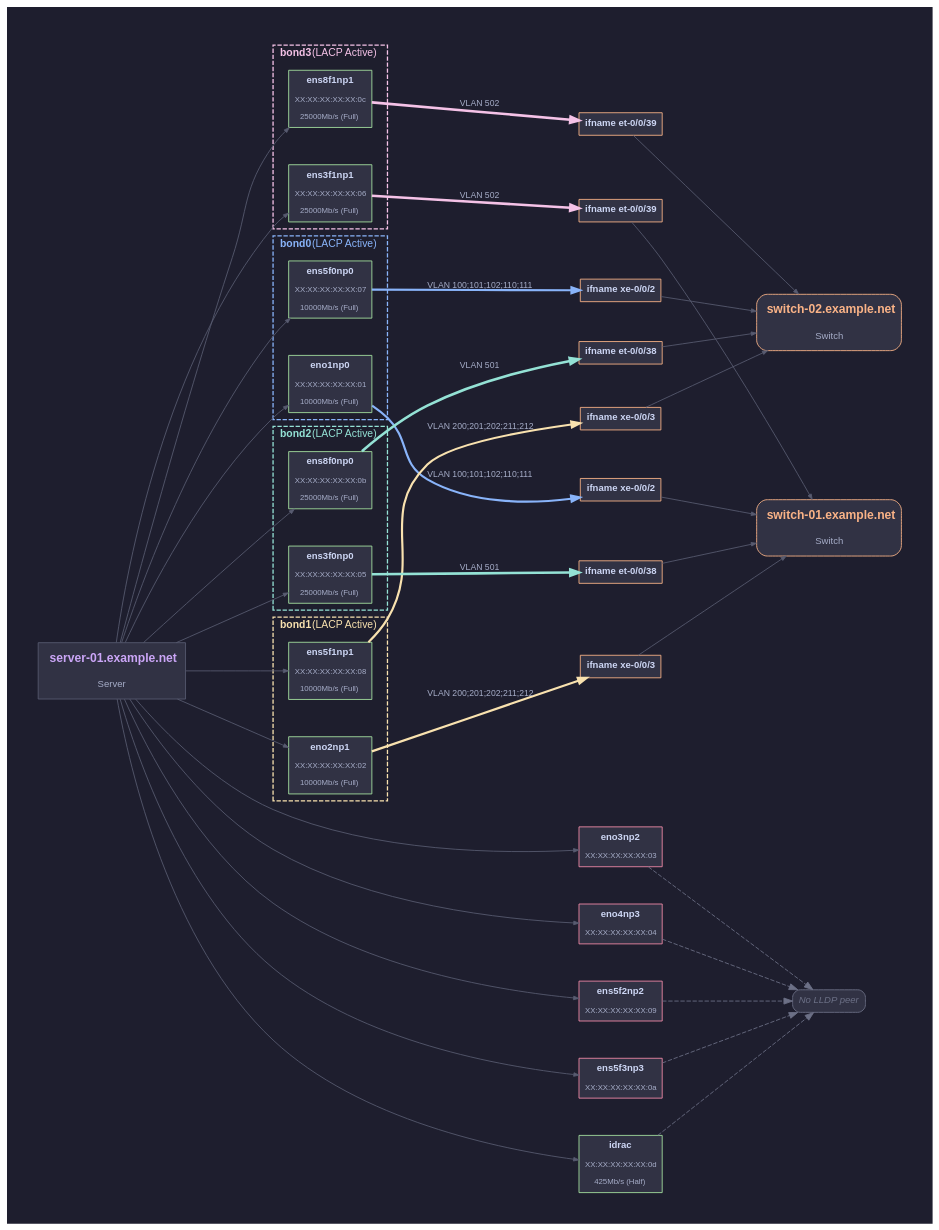
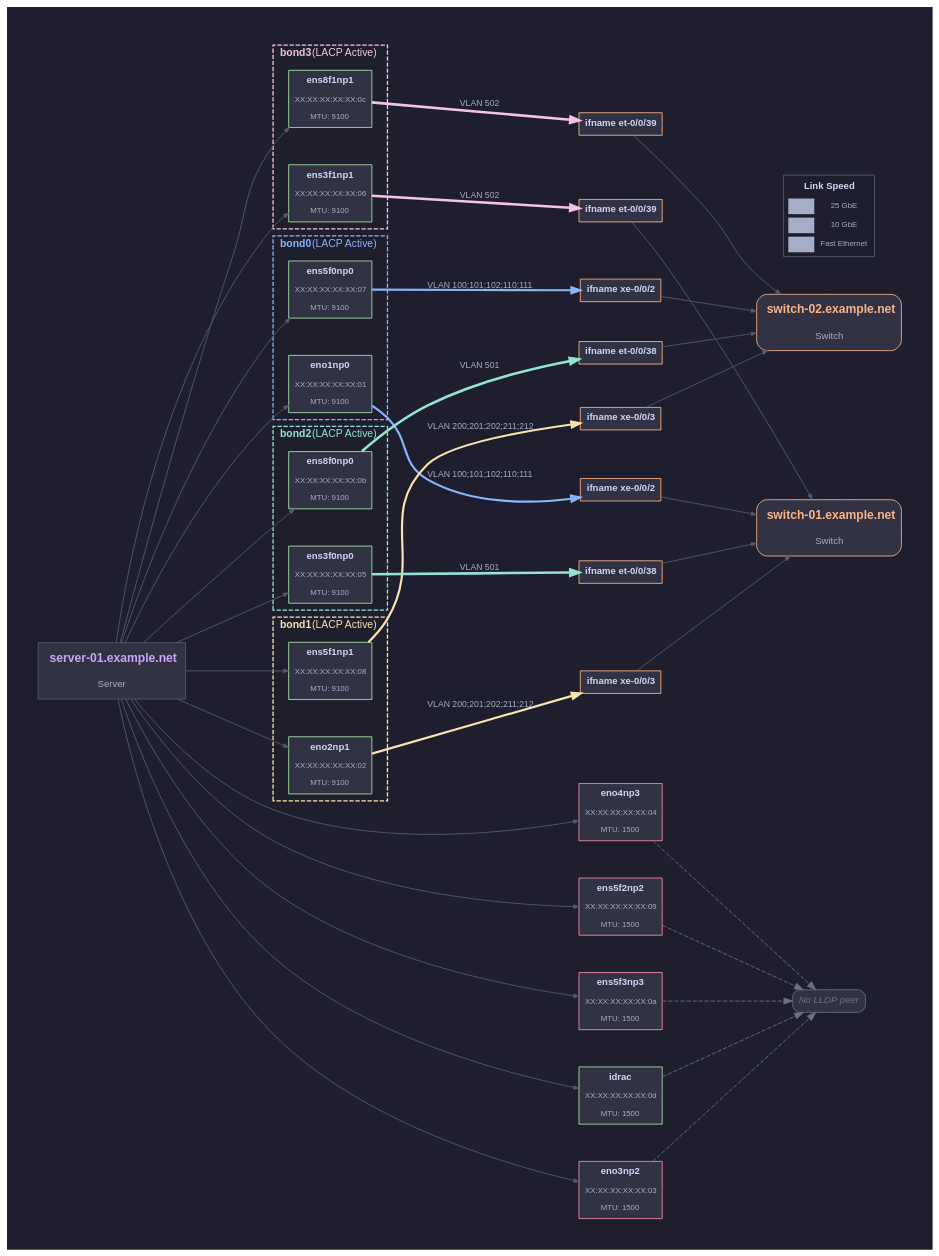
One commit to ciroiriarte/nic-xray changed the diagram in samples/topology.dot. Above: the diagram before and after it, drawn with Graphviz. The commit also changed 4 other files, not shown here.

First line of the commit message:
Update docs and samples for speed legend and MTU changes

```diff
--- a/samples/topology.dot
+++ b/samples/topology.dot
@@ -28,14 +28,14 @@
             <TABLE BORDER="1" CELLBORDER="0" CELLSPACING="2" CELLPADDING="4" BGCOLOR="#313244" COLOR="#a6e3a1">
             <TR><TD><FONT COLOR="#cdd6f4"><B>eno1np0</B></FONT></TD></TR>
             <TR><TD><FONT POINT-SIZE="9" COLOR="#a6adc8">XX:XX:XX:XX:XX:01</FONT></TD></TR>
-            <TR><TD><FONT POINT-SIZE="9" COLOR="#a6adc8">10000Mb/s (Full)</FONT></TD></TR>
+            <TR><TD><FONT POINT-SIZE="9" COLOR="#a6adc8">MTU: 9100</FONT></TD></TR>
             </TABLE>
         >];
         ens5f0np0 [shape=plain, label=<
             <TABLE BORDER="1" CELLBORDER="0" CELLSPACING="2" CELLPADDING="4" BGCOLOR="#313244" COLOR="#a6e3a1">
             <TR><TD><FONT COLOR="#cdd6f4"><B>ens5f0np0</B></FONT></TD></TR>
             <TR><TD><FONT POINT-SIZE="9" COLOR="#a6adc8">XX:XX:XX:XX:XX:07</FONT></TD></TR>
-            <TR><TD><FONT POINT-SIZE="9" COLOR="#a6adc8">10000Mb/s (Full)</FONT></TD></TR>
+            <TR><TD><FONT POINT-SIZE="9" COLOR="#a6adc8">MTU: 9100</FONT></TD></TR>
             </TABLE>
         >];
     }
@@ -52,14 +52,14 @@
             <TABLE BORDER="1" CELLBORDER="0" CELLSPACING="2" CELLPADDING="4" BGCOLOR="#313244" COLOR="#a6e3a1">
             <TR><TD><FONT COLOR="#cdd6f4"><B>eno2np1</B></FONT></TD></TR>
             <TR><TD><FONT POINT-SIZE="9" COLOR="#a6adc8">XX:XX:XX:XX:XX:02</FONT></TD></TR>
-            <TR><TD><FONT POINT-SIZE="9" COLOR="#a6adc8">10000Mb/s (Full)</FONT></TD></TR>
+            <TR><TD><FONT POINT-SIZE="9" COLOR="#a6adc8">MTU: 9100</FONT></TD></TR>
             </TABLE>
         >];
         ens5f1np1 [shape=plain, label=<
             <TABLE BORDER="1" CELLBORDER="0" CELLSPACING="2" CELLPADDING="4" BGCOLOR="#313244" COLOR="#a6e3a1">
             <TR><TD><FONT COLOR="#cdd6f4"><B>ens5f1np1</B></FONT></TD></TR>
             <TR><TD><FONT POINT-SIZE="9" COLOR="#a6adc8">XX:XX:XX:XX:XX:08</FONT></TD></TR>
-            <TR><TD><FONT POINT-SIZE="9" COLOR="#a6adc8">10000Mb/s (Full)</FONT></TD></TR>
+            <TR><TD><FONT POINT-SIZE="9" COLOR="#a6adc8">MTU: 9100</FONT></TD></TR>
             </TABLE>
         >];
     }
@@ -76,14 +76,14 @@
             <TABLE BORDER="1" CELLBORDER="0" CELLSPACING="2" CELLPADDING="4" BGCOLOR="#313244" COLOR="#a6e3a1">
             <TR><TD><FONT COLOR="#cdd6f4"><B>ens3f0np0</B></FONT></TD></TR>
             <TR><TD><FONT POINT-SIZE="9" COLOR="#a6adc8">XX:XX:XX:XX:XX:05</FONT></TD></TR>
-            <TR><TD><FONT POINT-SIZE="9" COLOR="#a6adc8">25000Mb/s (Full)</FONT></TD></TR>
+            <TR><TD><FONT POINT-SIZE="9" COLOR="#a6adc8">MTU: 9100</FONT></TD></TR>
             </TABLE>
         >];
         ens8f0np0 [shape=plain, label=<
             <TABLE BORDER="1" CELLBORDER="0" CELLSPACING="2" CELLPADDING="4" BGCOLOR="#313244" COLOR="#a6e3a1">
             <TR><TD><FONT COLOR="#cdd6f4"><B>ens8f0np0</B></FONT></TD></TR>
             <TR><TD><FONT POINT-SIZE="9" COLOR="#a6adc8">XX:XX:XX:XX:XX:0b</FONT></TD></TR>
-            <TR><TD><FONT POINT-SIZE="9" COLOR="#a6adc8">25000Mb/s (Full)</FONT></TD></TR>
+            <TR><TD><FONT POINT-SIZE="9" COLOR="#a6adc8">MTU: 9100</FONT></TD></TR>
             </TABLE>
         >];
     }
@@ -100,14 +100,14 @@
             <TABLE BORDER="1" CELLBORDER="0" CELLSPACING="2" CELLPADDING="4" BGCOLOR="#313244" COLOR="#a6e3a1">
             <TR><TD><FONT COLOR="#cdd6f4"><B>ens3f1np1</B></FONT></TD></TR>
             <TR><TD><FONT POINT-SIZE="9" COLOR="#a6adc8">XX:XX:XX:XX:XX:06</FONT></TD></TR>
-            <TR><TD><FONT POINT-SIZE="9" COLOR="#a6adc8">25000Mb/s (Full)</FONT></TD></TR>
+            <TR><TD><FONT POINT-SIZE="9" COLOR="#a6adc8">MTU: 9100</FONT></TD></TR>
             </TABLE>
         >];
         ens8f1np1 [shape=plain, label=<
             <TABLE BORDER="1" CELLBORDER="0" CELLSPACING="2" CELLPADDING="4" BGCOLOR="#313244" COLOR="#a6e3a1">
             <TR><TD><FONT COLOR="#cdd6f4"><B>ens8f1np1</B></FONT></TD></TR>
             <TR><TD><FONT POINT-SIZE="9" COLOR="#a6adc8">XX:XX:XX:XX:XX:0c</FONT></TD></TR>
-            <TR><TD><FONT POINT-SIZE="9" COLOR="#a6adc8">25000Mb/s (Full)</FONT></TD></TR>
+            <TR><TD><FONT POINT-SIZE="9" COLOR="#a6adc8">MTU: 9100</FONT></TD></TR>
             </TABLE>
         >];
     }
@@ -116,6 +116,7 @@
         <TABLE BORDER="1" CELLBORDER="0" CELLSPACING="2" CELLPADDING="4" BGCOLOR="#313244" COLOR="#f38ba8">
         <TR><TD><FONT COLOR="#cdd6f4"><B>eno3np2</B></FONT></TD></TR>
         <TR><TD><FONT POINT-SIZE="9" COLOR="#a6adc8">XX:XX:XX:XX:XX:03</FONT></TD></TR>
+        <TR><TD><FONT POINT-SIZE="9" COLOR="#a6adc8">MTU: 1500</FONT></TD></TR>
         </TABLE>
     >];
 
@@ -123,6 +124,7 @@
         <TABLE BORDER="1" CELLBORDER="0" CELLSPACING="2" CELLPADDING="4" BGCOLOR="#313244" COLOR="#f38ba8">
         <TR><TD><FONT COLOR="#cdd6f4"><B>eno4np3</B></FONT></TD></TR>
         <TR><TD><FONT POINT-SIZE="9" COLOR="#a6adc8">XX:XX:XX:XX:XX:04</FONT></TD></TR>
+        <TR><TD><FONT POINT-SIZE="9" COLOR="#a6adc8">MTU: 1500</FONT></TD></TR>
         </TABLE>
     >];
 
@@ -130,6 +132,7 @@
         <TABLE BORDER="1" CELLBORDER="0" CELLSPACING="2" CELLPADDING="4" BGCOLOR="#313244" COLOR="#f38ba8">
         <TR><TD><FONT COLOR="#cdd6f4"><B>ens5f2np2</B></FONT></TD></TR>
         <TR><TD><FONT POINT-SIZE="9" COLOR="#a6adc8">XX:XX:XX:XX:XX:09</FONT></TD></TR>
+        <TR><TD><FONT POINT-SIZE="9" COLOR="#a6adc8">MTU: 1500</FONT></TD></TR>
         </TABLE>
     >];
 
@@ -137,6 +140,7 @@
         <TABLE BORDER="1" CELLBORDER="0" CELLSPACING="2" CELLPADDING="4" BGCOLOR="#313244" COLOR="#f38ba8">
         <TR><TD><FONT COLOR="#cdd6f4"><B>ens5f3np3</B></FONT></TD></TR>
         <TR><TD><FONT POINT-SIZE="9" COLOR="#a6adc8">XX:XX:XX:XX:XX:0a</FONT></TD></TR>
+        <TR><TD><FONT POINT-SIZE="9" COLOR="#a6adc8">MTU: 1500</FONT></TD></TR>
         </TABLE>
     >];
 
@@ -144,7 +148,7 @@
         <TABLE BORDER="1" CELLBORDER="0" CELLSPACING="2" CELLPADDING="4" BGCOLOR="#313244" COLOR="#a6e3a1">
         <TR><TD><FONT COLOR="#cdd6f4"><B>idrac</B></FONT></TD></TR>
         <TR><TD><FONT POINT-SIZE="9" COLOR="#a6adc8">XX:XX:XX:XX:XX:0d</FONT></TD></TR>
-        <TR><TD><FONT POINT-SIZE="9" COLOR="#a6adc8">425Mb/s (Half)</FONT></TD></TR>
+        <TR><TD><FONT POINT-SIZE="9" COLOR="#a6adc8">MTU: 1500</FONT></TD></TR>
         </TABLE>
     >];
 
@@ -252,6 +256,18 @@
     swport_dev_collapsed_ipf01cly_lf02_ifname_et_0_0_38 -> sw_switch_02_example_net [color="#585b70", penwidth=1.0, arrowsize=0.6];
     swport_dev_collapsed_ipf01cly_lf02_ifname_et_0_0_39 -> sw_switch_02_example_net [color="#585b70", penwidth=1.0, arrowsize=0.6];
 
+    legend [shape=plain, label=<
+        <TABLE BORDER="1" CELLBORDER="0" CELLSPACING="4" CELLPADDING="3" BGCOLOR="#1e1e2e" COLOR="#585b70">
+        <TR><TD COLSPAN="2"><FONT COLOR="#cdd6f4"><B>Link Speed</B></FONT></TD></TR>
+        <TR><TD WIDTH="30" HEIGHT="9" BGCOLOR="#a6adc8"> </TD>
+            <TD><FONT POINT-SIZE="9" COLOR="#a6adc8">25 GbE</FONT></TD></TR>
+        <TR><TD WIDTH="30" HEIGHT="8" BGCOLOR="#a6adc8"> </TD>
+            <TD><FONT POINT-SIZE="9" COLOR="#a6adc8">10 GbE</FONT></TD></TR>
+        <TR><TD WIDTH="30" HEIGHT="5" BGCOLOR="#a6adc8"> </TD>
+            <TD><FONT POINT-SIZE="9" COLOR="#a6adc8">Fast Ethernet</FONT></TD></TR>
+        </TABLE>
+    >];
+
     { rank=min; server; }
-    { rank=max; sw_switch_01_example_net; sw_switch_02_example_net; no_lldp_peer; }
+    { rank=max; sw_switch_01_example_net; sw_switch_02_example_net; no_lldp_peer; legend; }
 }
```
